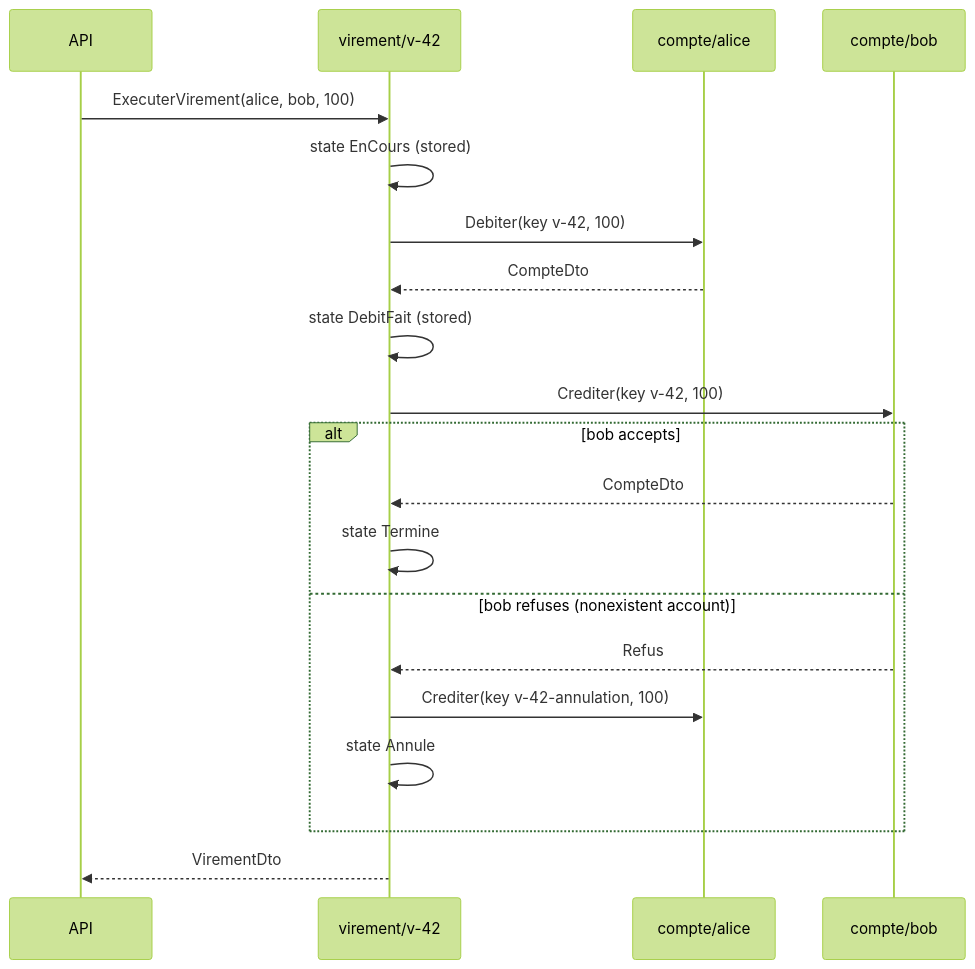
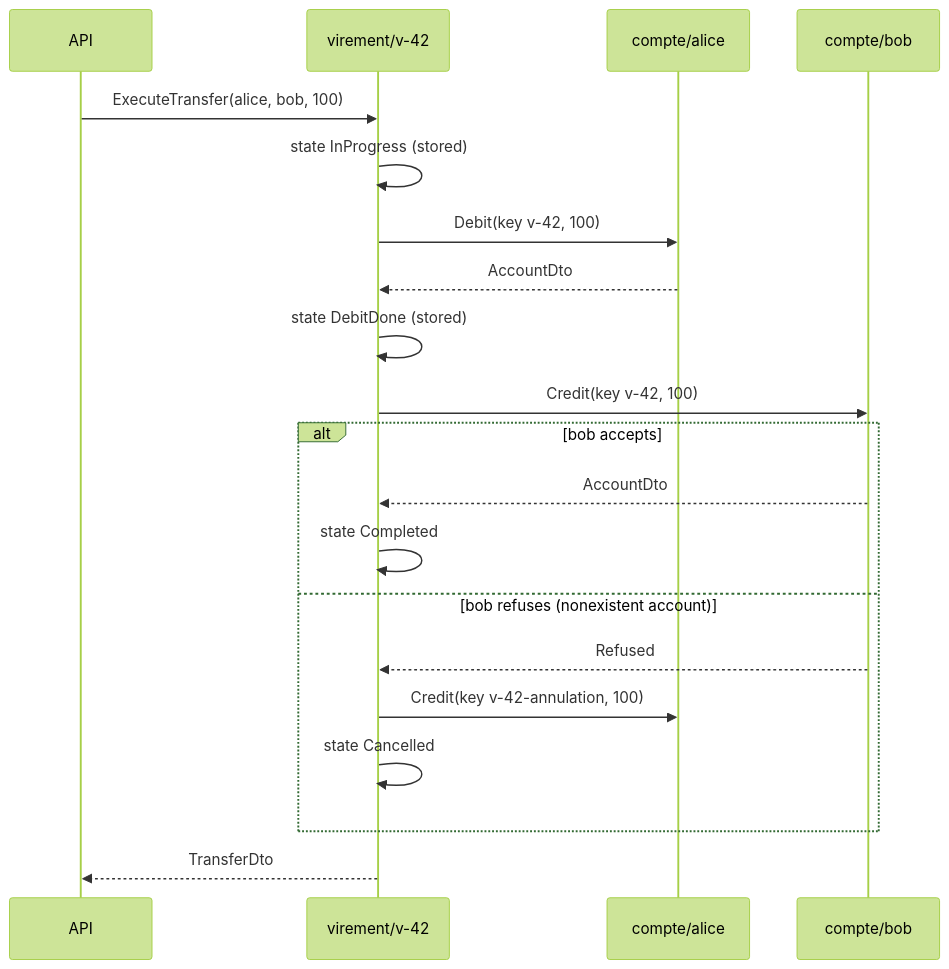
Before and after one commit to drangoht/ArchitecturesDemo: the third of 4 diagrams in Docs/en/18-modele-acteurs.md, drawn with Mermaid (forest theme). The commit also changed other lines of this file and 78 other files, not shown here.

First line of the commit message:
Docs EN : identifiants, liens, diagrammes et sorties alignés sur le code anglais

````diff
--- a/Docs/en/18-modele-acteurs.md
+++ b/Docs/en/18-modele-acteurs.md
@@ -146,22 +145,22 @@
 ```mermaid
 sequenceDiagram
     participant API
     participant V as virement/v-42
     participant A as compte/alice
     participant B as compte/bob
-    API->>V: ExecuterVirement(alice, bob, 100)
-    V->>V: state EnCours (stored)
-    V->>A: Debiter(key v-42, 100)
-    A-->>V: CompteDto
-    V->>V: state DebitFait (stored)
-    V->>B: Crediter(key v-42, 100)
+    API->>V: ExecuteTransfer(alice, bob, 100)
+    V->>V: state InProgress (stored)
+    V->>A: Debit(key v-42, 100)
+    A-->>V: AccountDto
+    V->>V: state DebitDone (stored)
+    V->>B: Credit(key v-42, 100)
     alt bob accepts
-        B-->>V: CompteDto
-        V->>V: state Termine
+        B-->>V: AccountDto
+        V->>V: state Completed
     else bob refuses (nonexistent account)
-        B-->>V: Refus
-        V->>A: Crediter(key v-42-annulation, 100)
-        V->>V: state Annule
+        B-->>V: Refused
+        V->>A: Credit(key v-42-annulation, 100)
+        V->>V: state Cancelled
     end
-    V-->>API: VirementDto
+    V-->>API: TransferDto
 ```
````
